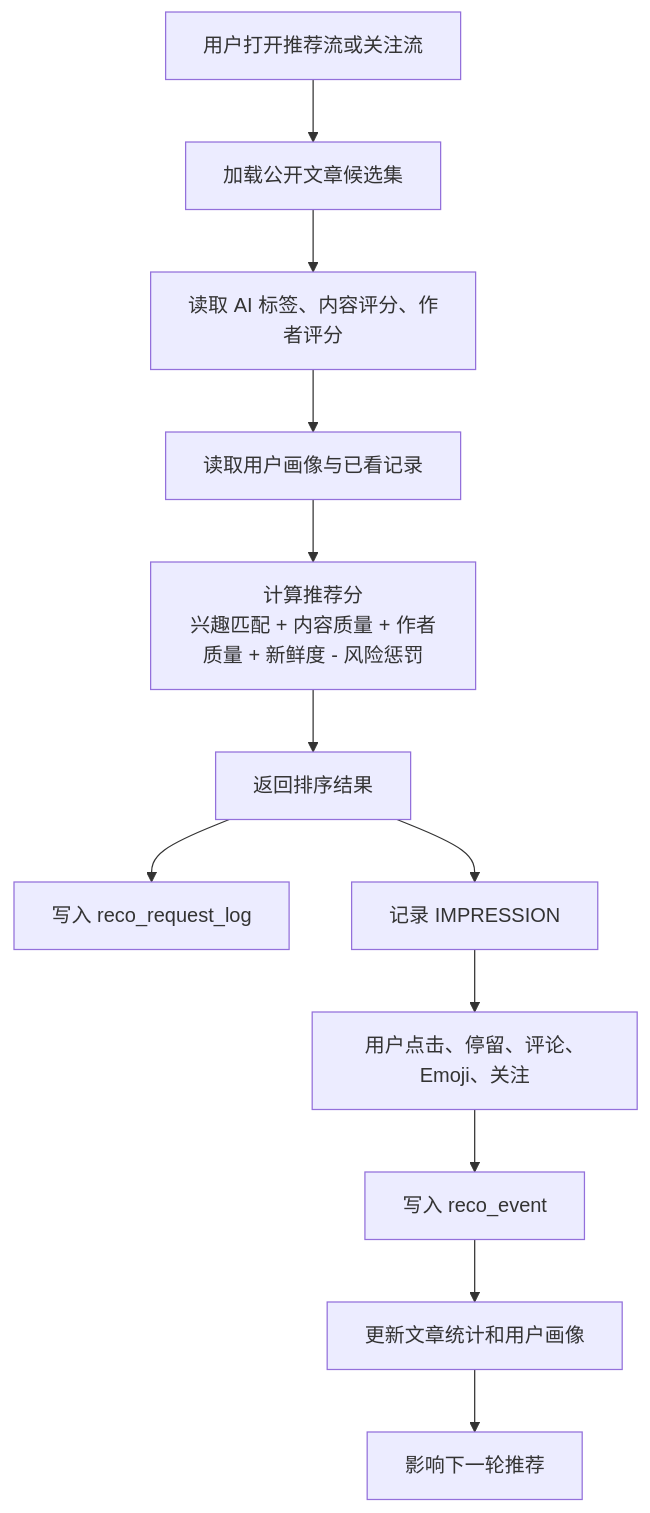
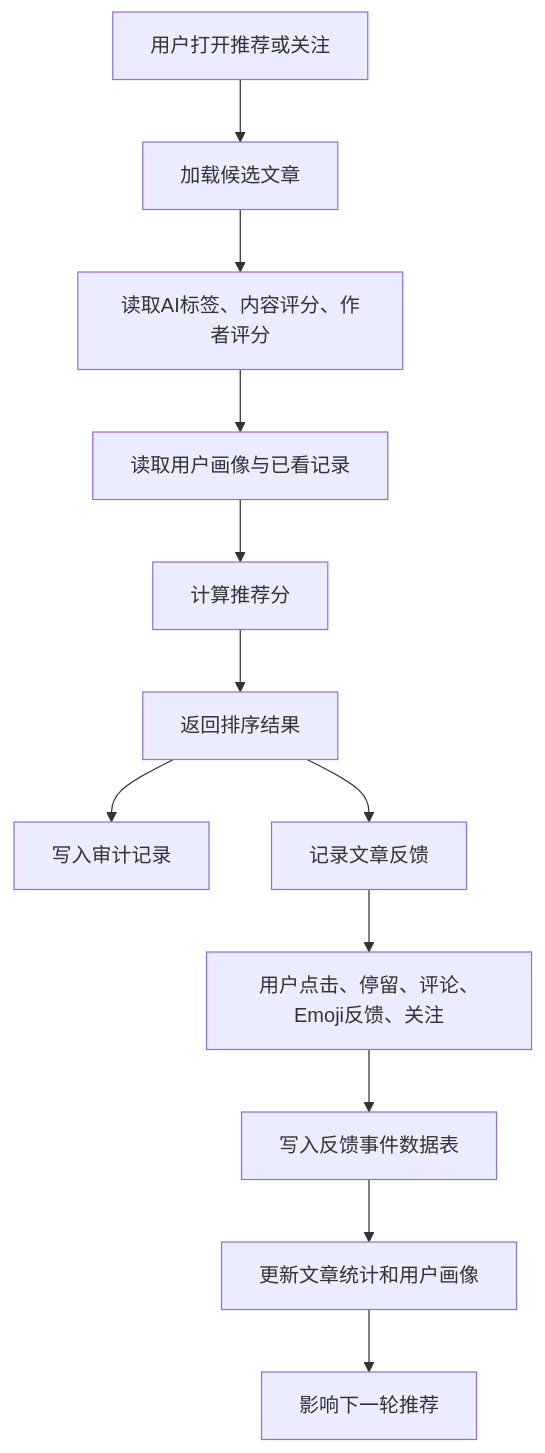
One commit to miniz08/endlessRain changed the diagram in docs/diagrams/modules/recommendation-flow.mmd. Above: the diagram before and after it, drawn with Mermaid. The commit also changed 86 other files, not shown here.

```diff
--- a/docs/diagrams/modules/recommendation-flow.mmd
+++ b/docs/diagrams/modules/recommendation-flow.mmd
@@ -1,12 +1,12 @@
 flowchart TD
-  A["用户打开推荐流或关注流"] --> B["加载公开文章候选集"]
-  B --> C["读取 AI 标签、内容评分、作者评分"]
+  A["用户打开推荐或关注"] --> B["加载候选文章"]
+  B --> C["读取AI标签、内容评分、作者评分"]
   C --> D["读取用户画像与已看记录"]
-  D --> E["计算推荐分<br/>兴趣匹配 + 内容质量 + 作者质量 + 新鲜度 - 风险惩罚"]
+  D --> E["计算推荐分"]
   E --> F["返回排序结果"]
-  F --> G["写入 reco_request_log"]
-  F --> H["记录 IMPRESSION"]
-  H --> I["用户点击、停留、评论、Emoji、关注"]
-  I --> J["写入 reco_event"]
+  F --> G["写入审计记录"]
+  F --> H["记录文章反馈"]
+  H --> I["用户点击、停留、评论、Emoji反馈、关注"]
+  I --> J["写入反馈事件数据表"]
   J --> K["更新文章统计和用户画像"]
   K --> L["影响下一轮推荐"]
```
